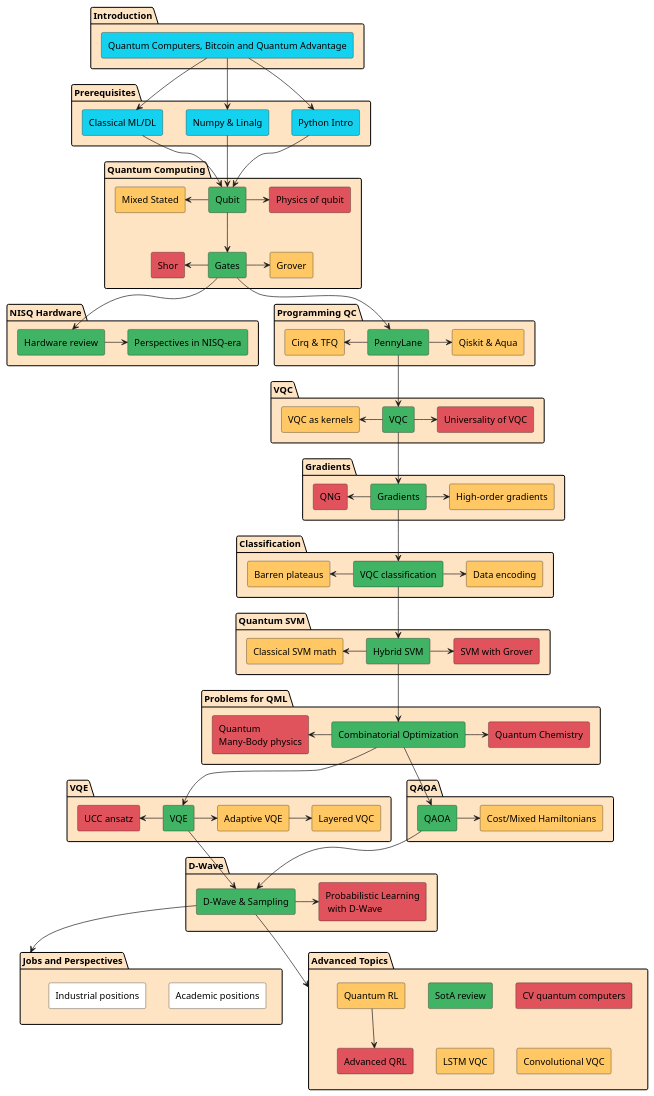
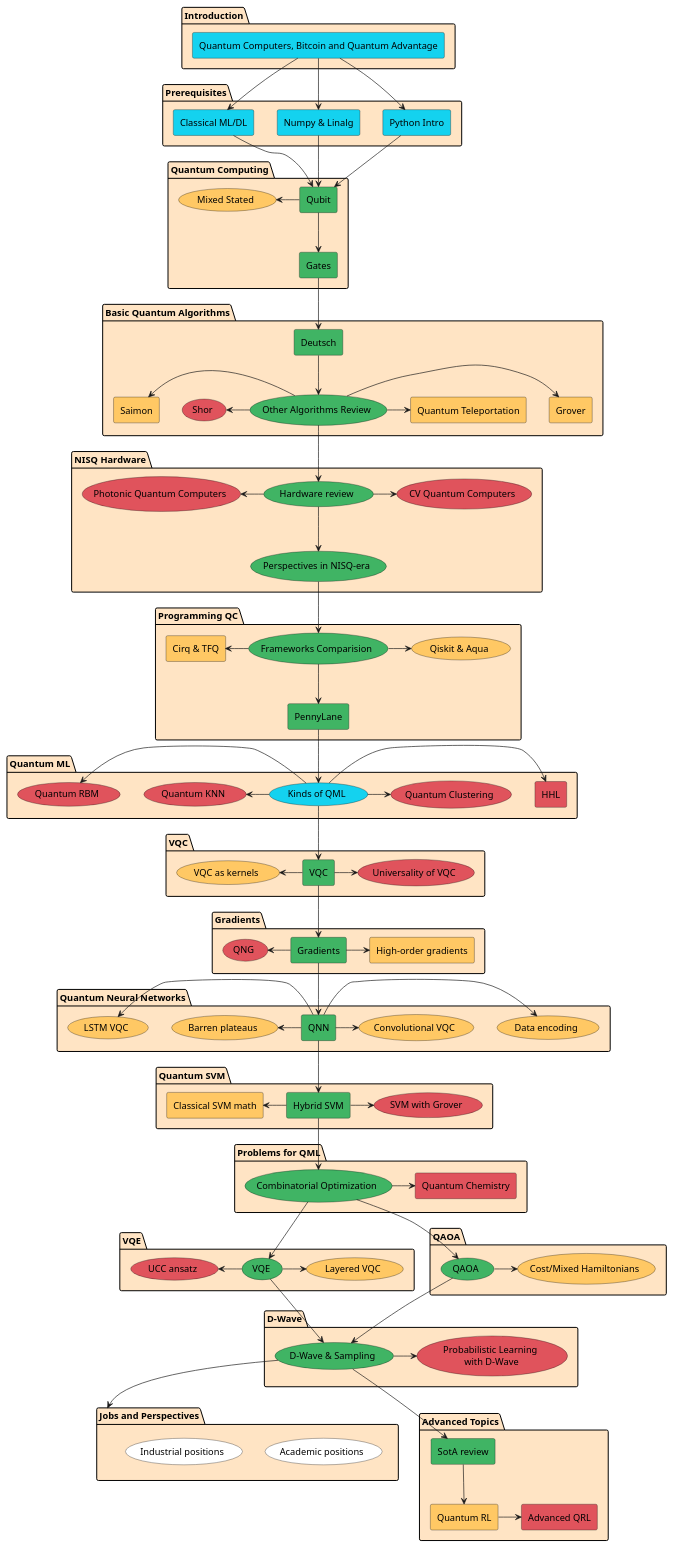
Before and after one commit to quantum-ods/qmlcourse: the diagram in qmlcourseRU/_static/index/program.plantuml, drawn with PlantUML. The commit also changed 1 other file, not shown here.

```diff
--- a/qmlcourseRU/_static/index/program.plantuml
+++ b/qmlcourseRU/_static/index/program.plantuml
@@ -1,151 +1,180 @@
 @startuml
 package "Introduction" #Bisque {
         rectangle "Quantum Computers, Bitcoin and Quantum Advantage" as intro1 #14D2EF
 }
 
 package "Prerequisites" #Bisque {
         rectangle "Python Intro" as python #14D2EF
         rectangle "Numpy & Linalg" as numpy #14D2EF
         rectangle "Classical ML/DL" as ml #14D2EF
 }
 
 package "Quantum Computing" as qci #Bisque {
         rectangle "Qubit" as qubit #40B464
         rectangle "Gates" as gates #40B464
-        rectangle "Physics of qubit" as physq #E0535C
-        rectangle "Mixed Stated" as mixed #FFC864
+        usecase "Mixed Stated" as mixed #FFC864
+}
+
+package "Basic Quantum Algorithms" as qalgo #Bisque {
+        rectangle "Deutsch" as deutsch #40B464
+        usecase "Other Algorithms Review" as advanced_algos #40B464
         rectangle "Grover" as grover #FFC864
-        rectangle "Shor" as shor #E0535C
+        rectangle "Quantum Teleportation" as qtp #FFC864
+        rectangle "Saimon" as saimon #FFC864
+        usecase "Shor" as shor #E0535C
 }
 
 package "NISQ Hardware" #Bisque {
-        rectangle "Hardware review" as review #40B464
-        rectangle "Perspectives in NISQ-era" as nisq #40B464
+        usecase "Hardware review" as review #40B464
+        usecase "Perspectives in NISQ-era" as nisq #40B464
+        usecase "Photonic Quantum Computers" as photonic #E0535C
+        usecase "CV Quantum Computers" as cvq #E0535C
 }
 
 package "Programming QC" #Bisque {
+        usecase "Frameworks Comparision" as progcomparision #40B464
         rectangle "PennyLane" as pennylane #40B464
-        rectangle "Qiskit & Aqua" as qiskit #FFC864
+        usecase "Qiskit & Aqua" as qiskit #FFC864
         rectangle "Cirq & TFQ" as cirq #FFC864
+}
+
+package "Quantum ML" #Bisque {
+        usecase "Kinds of QML" as qml_general #14D2EF
+        rectangle "HHL" as hhl #E0535C
+        usecase "Quantum KNN" as qknn #E0535C
+        usecase "Quantum Clustering" as qclustering #E0535C
+        usecase "Quantum RBM" as qrbm #E0535C
 }
 
 package "VQC" #Bisque {
         rectangle "VQC" as vqc #40B464
-        rectangle "VQC as kernels" as kernelvqc #FFC864
-        rectangle "Universality of VQC" as univvqc #E0535C
+        usecase "VQC as kernels" as kernelvqc #FFC864
+        usecase "Universality of VQC" as univvqc #E0535C
 }
 
 package "Gradients" #Bisque {
         rectangle "Gradients" as grad #40B464
         rectangle "High-order gradients" as hograd #FFC864
-        rectangle "QNG" as qng #E0535C
+        usecase "QNG" as qng #E0535C
 }
 
-package "Classification" #Bisque {
-        rectangle "VQC classification" as vqcc #40B464
-        rectangle "Barren plateaus" as barren #FFC864
-        rectangle "Data encoding" as encoding #FFC864
+package "Quantum Neural Networks" #Bisque {
+        rectangle "QNN" as qnn #40B464
+        usecase "Barren plateaus" as barren #FFC864
+        usecase "Data encoding" as encoding #FFC864
+        usecase "Convolutional VQC" as convvqc #FFC864
+        usecase "LSTM VQC" as lstm #FFC864
 }
 
 package "Quantum SVM" #Bisque {
         rectangle "Hybrid SVM" as hsvm #40B464
         rectangle "Classical SVM math" as csvm #FFC864
-        rectangle "SVM with Grover" as gsvm #E0535C
+        usecase "SVM with Grover" as gsvm #E0535C
 }
 
 package "Problems for QML" #Bisque {
-        rectangle "Combinatorial Optimization" as copt #40B464
-        rectangle "Quantum\nMany-Body physics" as qmbp #E0535C
+        usecase "Combinatorial Optimization" as copt #40B464
         rectangle "Quantum Chemistry" as qchem #E0535C
 }
 
 package "VQE" #Bisque {
-        rectangle "VQE" as vqe #40B464
-        rectangle "Adaptive VQE" as avqe #FFC864
-        rectangle "Layered VQC" as lvqe #FFC864
-        rectangle "UCC ansatz" as uuc #E0535C
+        usecase "VQE" as vqe #40B464
+        usecase "Layered VQC" as lvqe #FFC864
+        usecase "UCC ansatz" as uuc #E0535C
 }
 
 package "QAOA" #Bisque {
-        rectangle "QAOA" as qaoa #40B464
-        rectangle "Cost/Mixed Hamiltonians" as hams #FFC864
+        usecase "QAOA" as qaoa #40B464
+        usecase "Cost/Mixed Hamiltonians" as hams #FFC864
 }
 
 package "D-Wave" #Bisque {
-        rectangle "D-Wave & Sampling" as dwave #40B464
-        rectangle "Probabilistic Learning\n with D-Wave" as probml #E0535C
+        usecase "D-Wave & Sampling" as dwave #40B464
+        usecase "Probabilistic Learning\n with D-Wave" as probml #E0535C
 }
 
 package "Jobs and Perspectives" as jobs #Bisque {
-        rectangle "Academic positions" as academic #White
-        rectangle "Industrial positions" as industrial #White
+        usecase "Academic positions" as academic #White
+        usecase "Industrial positions" as industrial #White
 }
 
 package "Advanced Topics" as adv #Bisque {
         rectangle "SotA review" as sota #40B464
         rectangle "Quantum RL" as qrl #FFC864
         rectangle "Advanced QRL" as aqrl #E0535C
-        rectangle "CV quantum computers" as svqc #E0535C
-        rectangle "LSTM VQC" as lstm #FFC864
-        rectangle "Convolutional VQC" as convvqc #FFC864
 }
 
 intro1 --> python
 intro1 --> numpy
 intro1 --> ml
 
 python --> qubit
 numpy --> qubit
 ml --> qubit
 
 qubit --> gates
-qubit -> physq
 mixed <- qubit
-gates -> grover
-shor <- gates
+gates --> deutsch
 
-gates --> review
-review -> nisq
+deutsch --> advanced_algos
+advanced_algos -> grover
+shor <- advanced_algos
+advanced_algos -> qtp
+saimon <- advanced_algos
 
-gates --> pennylane
-cirq <- pennylane
-pennylane -> qiskit
+advanced_algos --> review
+review --> nisq
+photonic <- review
+review -> cvq
 
-pennylane --> vqc
+nisq --> progcomparision
+progcomparision --> pennylane
+cirq <- progcomparision
+progcomparision -> qiskit
+
+pennylane --> qml_general
+
+qml_general -> hhl
+qknn <- qml_general
+qml_general -> qclustering
+qrbm <- qml_general
+
+qml_general --> vqc
 kernelvqc <- vqc
 vqc -> univvqc
 
 vqc --> grad
 qng <- grad
 grad -> hograd
 
-grad --> vqcc
-barren <- vqcc
-vqcc -> encoding
+grad --> qnn
+barren <- qnn
+qnn -> encoding
+lstm <- qnn
+qnn -> convvqc
 
-vqcc --> hsvm
+qnn --> hsvm
 csvm <- hsvm
 hsvm -> gsvm
 
 hsvm --> copt
-qmbp <- copt
 copt -> qchem
 
 copt --> vqe
 uuc <- vqe
-vqe -> avqe
-avqe -> lvqe
+vqe -> lvqe
 
 copt --> qaoa
 qaoa -> hams
 
 qaoa --> dwave
 vqe --> dwave
 dwave -> probml
 
 dwave --> jobs
 
-dwave -->adv
-qrl --> aqrl
+dwave --> sota
+sota --> qrl
+qrl -> aqrl
 
 @enduml
```
